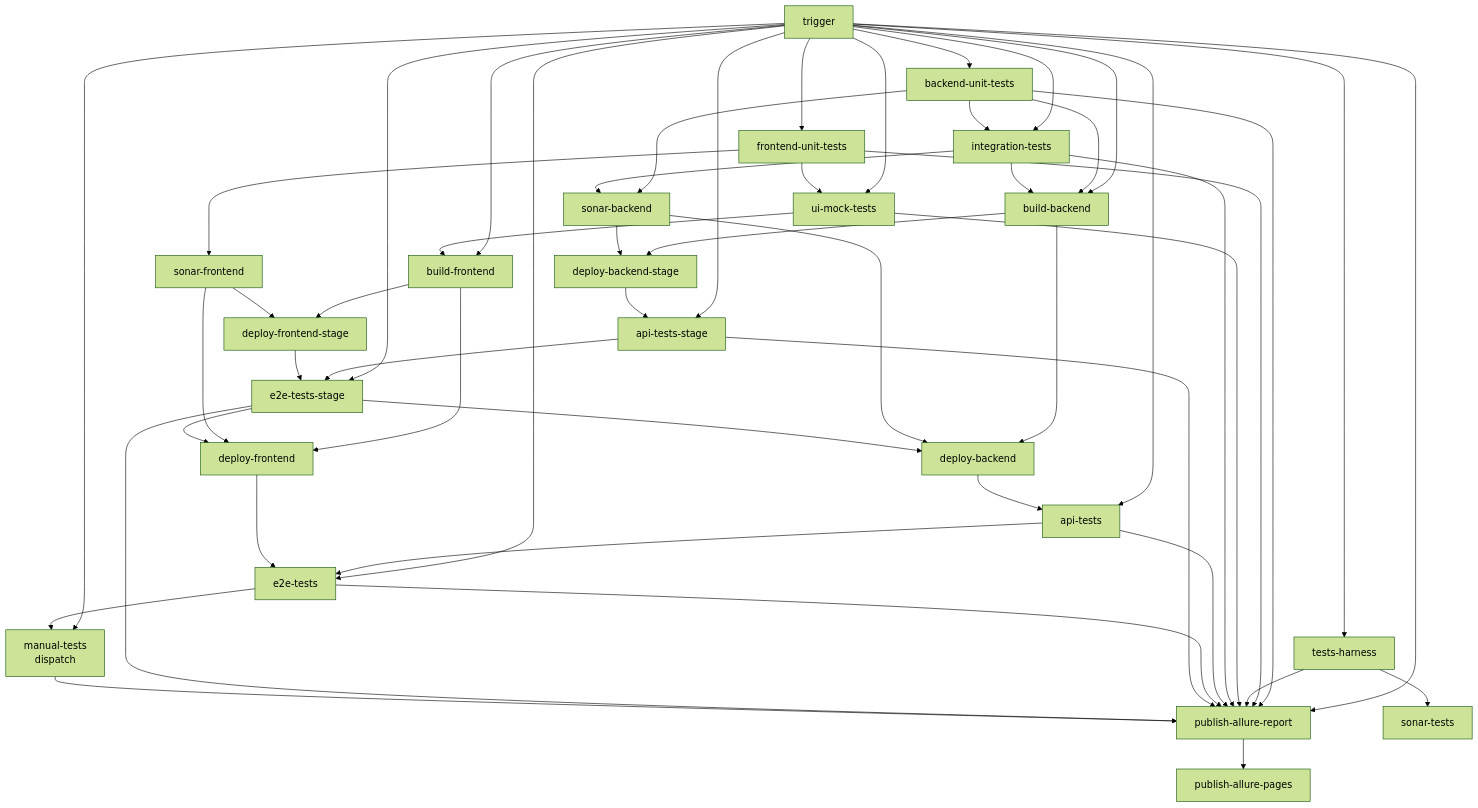
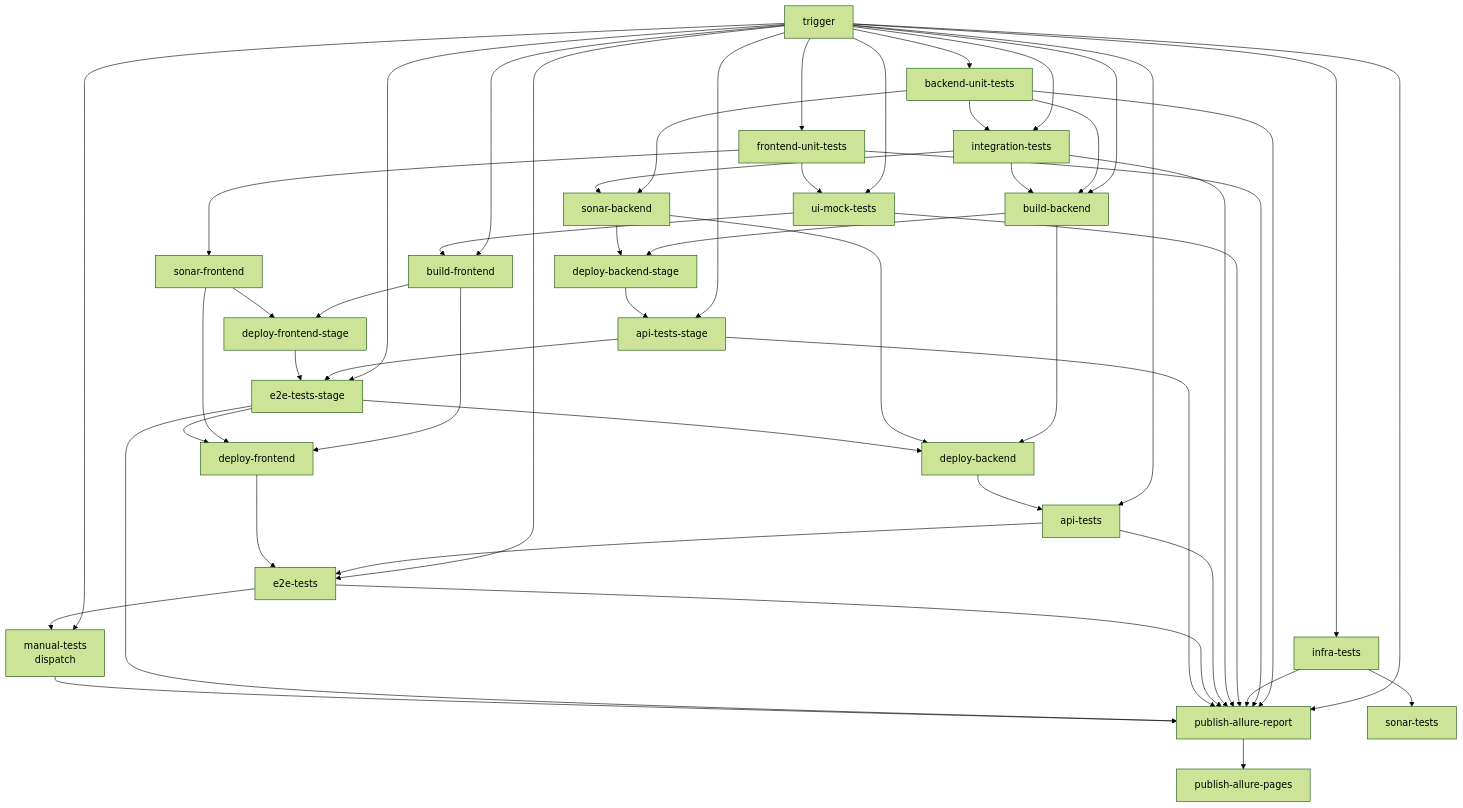
The diagram in README.md (autotests-ai/autotests-ai-multistack-app), drawn with Mermaid (forest theme) before and after one commit. The commit also changed other lines of this file and 53 other files, not shown here.

First line of the commit message:
ci: rename tests-harness job and tags to infra-tests

````diff
--- a/README.md
+++ b/README.md
@@ -78,55 +78,55 @@
 ```mermaid
 flowchart TB
   TRG[trigger]
 
   TRG --> UNIT[backend-unit-tests]
   TRG --> COMP[frontend-unit-tests]
-  TRG --> H[tests-harness]
+  TRG --> H[infra-tests]
   TRG --> MOCK[ui-mock-tests]
   TRG --> INT[integration-tests]
   TRG --> BB
   TRG --> BF
   TRG --> API
   TRG --> E2E
   TRG --> APIS
   TRG --> E2ES
   TRG --> MAN
   TRG --> PUB
 
   UNIT --> INT
   UNIT --> SB[sonar-backend]
   INT --> SB
   COMP --> SF[sonar-frontend]
   COMP --> MOCK
   H --> ST[sonar-tests]
 
   UNIT --> BB[build-backend]
   INT --> BB
   MOCK --> BF[build-frontend]
 
   BB --> DB[deploy-backend]
   SB --> DB
   BB --> DBS[deploy-backend-stage]
   SB --> DBS
 
   BF --> DF[deploy-frontend]
   SF --> DF
   BF --> DFS[deploy-frontend-stage]
   SF --> DFS
 
   DB --> API[api-tests]
 
   API --> E2E[e2e-tests]
   DF --> E2E
 
   DBS --> APIS[api-tests-stage]
   APIS --> E2ES[e2e-tests-stage]
   DFS --> E2ES
   E2ES --> DB
   E2ES --> DF
 
   E2E --> MAN[manual-tests<br/>dispatch]
 
   UNIT & COMP & H & MOCK & INT & API & E2E & APIS & E2ES & MAN --> PUB[publish-allure-report]
   PUB --> PAGES[publish-allure-pages]
 ```
````
